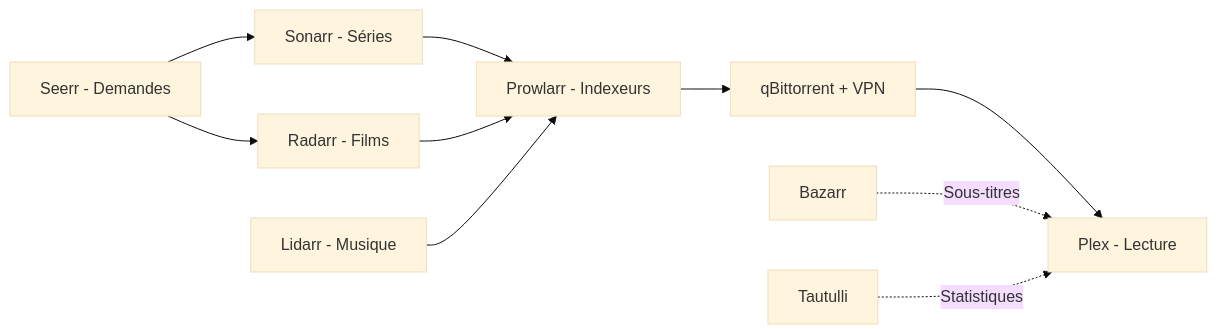
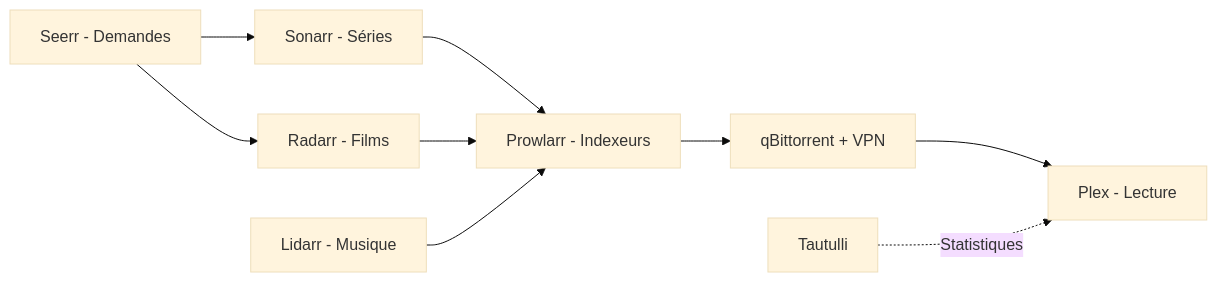
Before and after one commit to Wifsimster/docker-setup: the diagram in multimedia/README.md, drawn with Mermaid (base theme). The commit also changed other lines of this file and 8 other files, not shown here.

````diff
--- a/multimedia/README.md
+++ b/multimedia/README.md
@@ -21,12 +20,11 @@
 ```mermaid
 graph LR
     Seerr[Seerr - Demandes] --> Sonarr[Sonarr - Séries]
     Seerr --> Radarr[Radarr - Films]
     Sonarr --> Prowlarr[Prowlarr - Indexeurs]
     Radarr --> Prowlarr
     Lidarr[Lidarr - Musique] --> Prowlarr
     Prowlarr --> qBit[qBittorrent + VPN]
     qBit --> Plex[Plex - Lecture]
-    Bazarr -.->|Sous-titres| Plex
     Tautulli -.->|Statistiques| Plex
 ```
````
